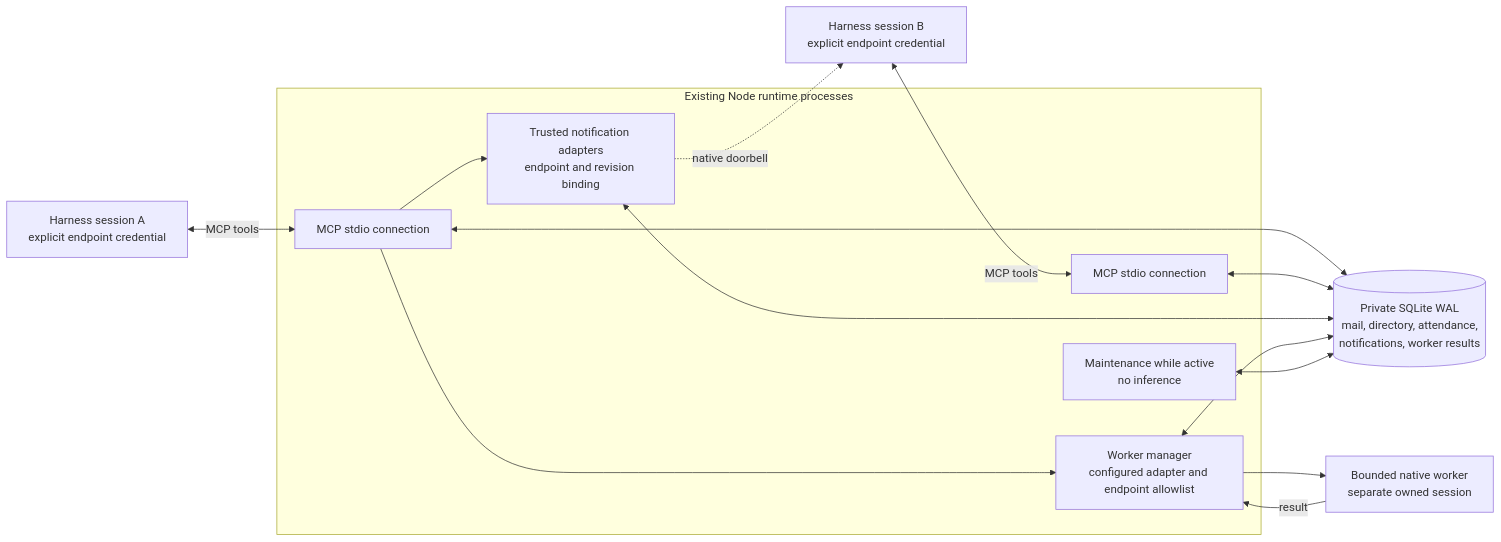
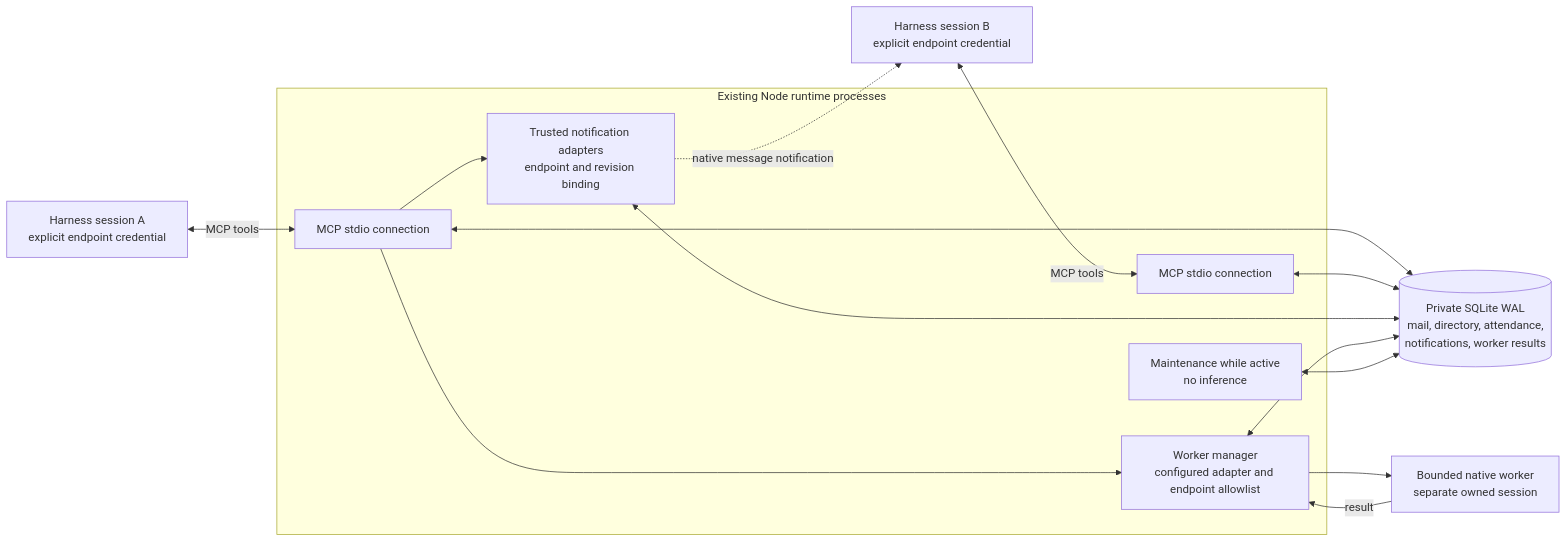
The diagram in docs/architecture.md (GreyManSoftware/IHCP3K), drawn with Mermaid before and after one commit. The commit also changed other lines of this file and 32 other files, not shown here.

````diff
--- a/docs/architecture.md
+++ b/docs/architecture.md
@@ -5,26 +7,26 @@
 ```mermaid
 flowchart LR
   A["Harness session A<br/>explicit endpoint credential"]
   B["Harness session B<br/>explicit endpoint credential"]
   subgraph Local["Existing Node runtime processes"]
     R1["MCP stdio connection"]
     R2["MCP stdio connection"]
     N["Trusted notification adapters<br/>endpoint and revision binding"]
     W["Worker manager<br/>configured adapter and endpoint allowlist"]
     M["Maintenance while active<br/>no inference"]
   end
   DB[("Private SQLite WAL<br/>mail, directory, attendance,<br/>notifications, worker results")]
   Child["Bounded native worker<br/>separate owned session"]
   A <-->|"MCP tools"| R1
   B <-->|"MCP tools"| R2
   R1 <--> DB
   R2 <--> DB
   R1 --> N
   N <--> DB
-  N -. "native doorbell" .-> B
+  N -. "native message notification" .-> B
   R1 --> W
   W --> Child
   Child -->|result| W
   W <--> DB
   M <--> DB
 ```
````
